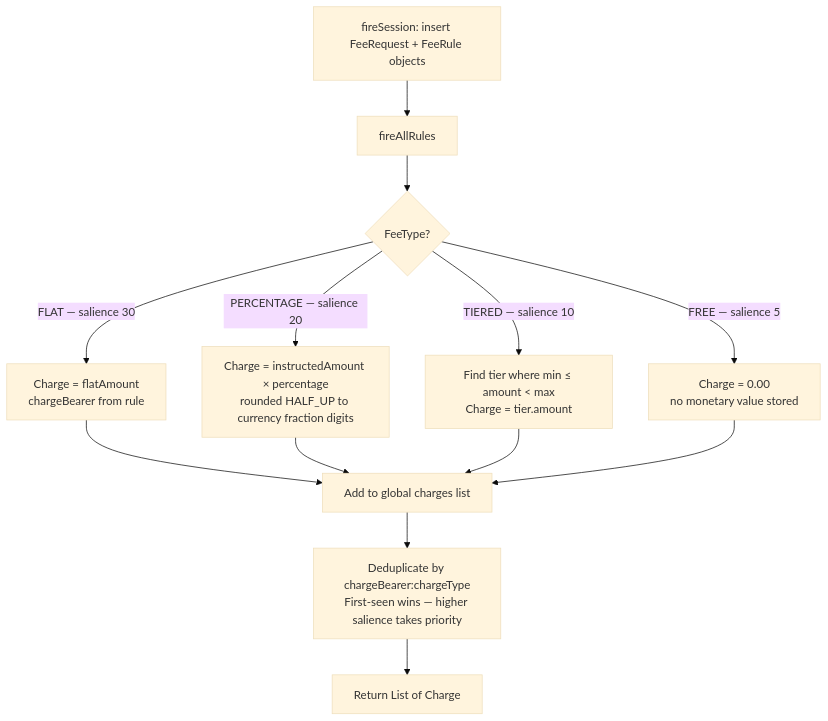
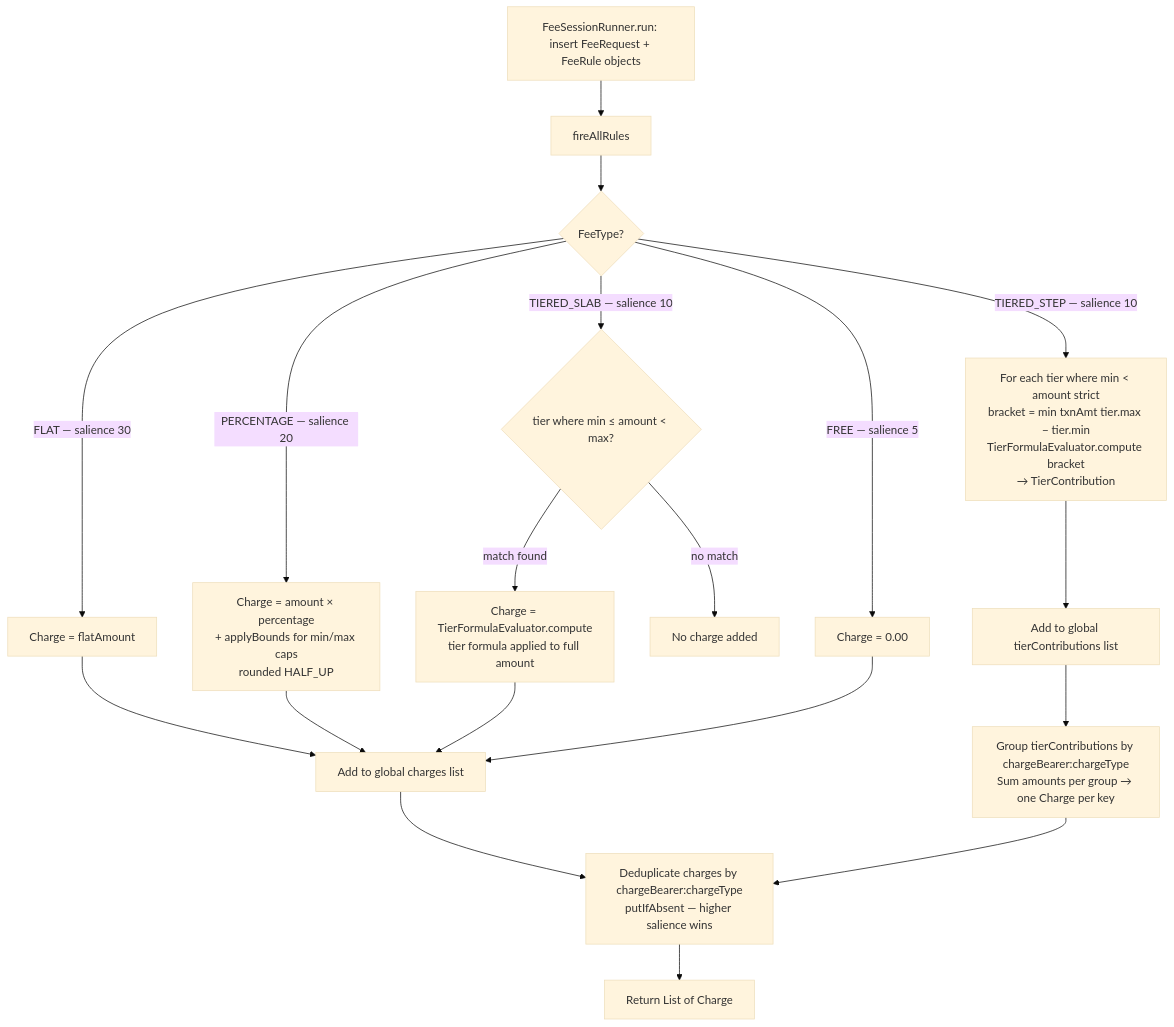
Before and after one commit to Wongsawat/fee-engine: the fourth of 14 diagrams in docs/fee-engine-flow-diagrams.md, drawn with Mermaid (base theme). The commit also changed other lines of this file, not shown here.

First line of the commit message:
docs: update flow diagrams for tiered fee types and FeeSessionRunner

````diff
--- a/docs/fee-engine-flow-diagrams.md
+++ b/docs/fee-engine-flow-diagrams.md
@@ -142,19 +149,25 @@
 ```mermaid
 flowchart TD
-    A[fireSession: insert FeeRequest + FeeRule objects] --> B[fireAllRules]
+    A[FeeSessionRunner.run: insert FeeRequest + FeeRule objects] --> B[fireAllRules]
 
     B --> C{FeeType?}
 
-    C -->|FLAT — salience 30| D[Charge = flatAmount<br/>chargeBearer from rule]
-    C -->|PERCENTAGE — salience 20| E[Charge = instructedAmount × percentage<br/>rounded HALF_UP to currency fraction digits]
-    C -->|TIERED — salience 10| F[Find tier where min ≤ amount < max<br/>Charge = tier.amount]
-    C -->|FREE — salience 5| G[Charge = 0.00<br/>no monetary value stored]
+    C -->|FLAT — salience 30| D[Charge = flatAmount]
+    C -->|PERCENTAGE — salience 20| E[Charge = amount × percentage<br/>+ applyBounds for min/max caps<br/>rounded HALF_UP]
+    C -->|TIERED_SLAB — salience 10| F{tier where min ≤ amount < max?}
+    F -->|match found| G[Charge = TierFormulaEvaluator.compute<br/>tier formula applied to full amount]
+    F -->|no match| Z[No charge added]
+    C -->|TIERED_STEP — salience 10| H[For each tier where min < amount strict<br/>bracket = min txnAmt tier.max − tier.min<br/>TierFormulaEvaluator.compute bracket<br/>→ TierContribution]
+    C -->|FREE — salience 5| I[Charge = 0.00]
 
-    D --> H[Add to global charges list]
-    E --> H
-    F --> H
-    G --> H
+    D --> J[Add to global charges list]
+    E --> J
+    G --> J
+    I --> J
+    H --> K[Add to global tierContributions list]
 
-    H --> I[Deduplicate by chargeBearer:chargeType<br/>First-seen wins — higher salience takes priority]
-    I --> J[Return List of Charge]
+    J --> L[Deduplicate charges by chargeBearer:chargeType<br/>putIfAbsent — higher salience wins]
+    K --> M[Group tierContributions by chargeBearer:chargeType<br/>Sum amounts per group → one Charge per key]
+    M --> L
+    L --> N[Return List of Charge]
 ```
````
